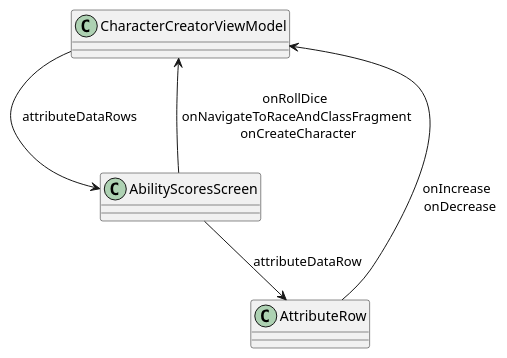
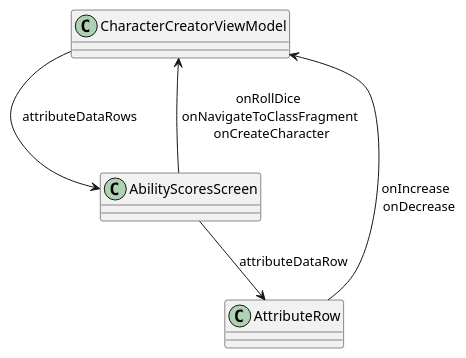
One commit to twiederk/CharacterSheetAndroidClient changed the diagram in app/src/docs/diagrams/jetpack-compose.puml. Above: the diagram before and after it, drawn with PlantUML. The commit also changed 89 other files, not shown here.

Commit message:
Added images for races in Character Creator Added own  Material Design theme in Character Creator Replace ClasspathScriptResource with RawScriptResource, because ClasspathScriptResources caused problems on Amazon Fire tablet

```diff
--- a/app/src/docs/diagrams/jetpack-compose.puml
+++ b/app/src/docs/diagrams/jetpack-compose.puml
@@ -1,13 +1,13 @@
 @startuml
 
 
 class CharacterCreatorViewModel
 class AbilityScoresScreen
 class AttributeRow
 
 CharacterCreatorViewModel --> AbilityScoresScreen : attributeDataRows
-AbilityScoresScreen --> CharacterCreatorViewModel : onRollDice \n onNavigateToRaceAndClassFragment \n onCreateCharacter
+AbilityScoresScreen --> CharacterCreatorViewModel : onRollDice \n onNavigateToClassFragment \n onCreateCharacter
 AbilityScoresScreen --> AttributeRow: attributeDataRow
 AttributeRow --> CharacterCreatorViewModel: onIncrease \n onDecrease
 
 @enduml
```
